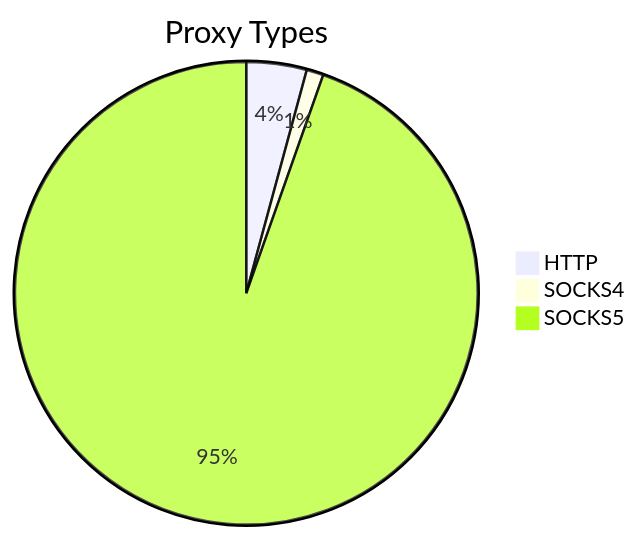
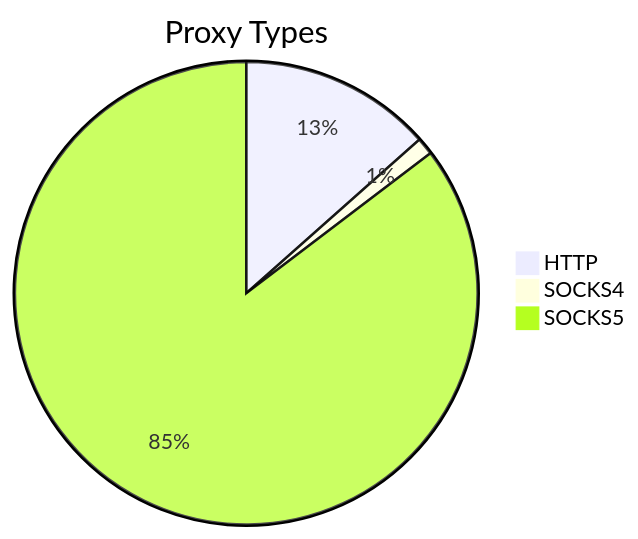
One commit to stormsia/proxy-list changed the first of 2 diagrams in README.md. Above: the diagram before and after it, drawn with Mermaid. The commit also changed other lines of this file, not shown here.

````diff
--- a/README.md
+++ b/README.md
@@ -21,6 +21,6 @@
 ```mermaid
 pie title Proxy Types
-    "HTTP" : 224
-    "SOCKS4" : 63
-    "SOCKS5" : 5032
+    "HTTP" : 476
+    "SOCKS4" : 43
+    "SOCKS5" : 3022
 ```
````
